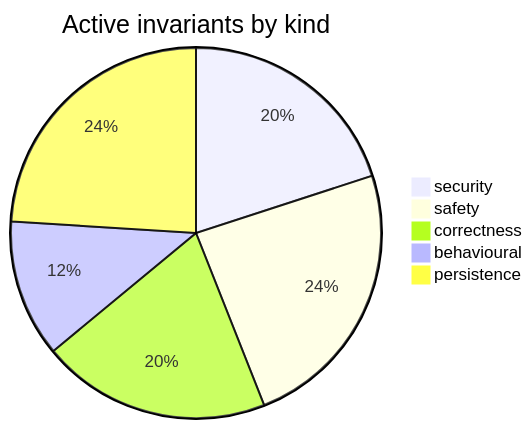
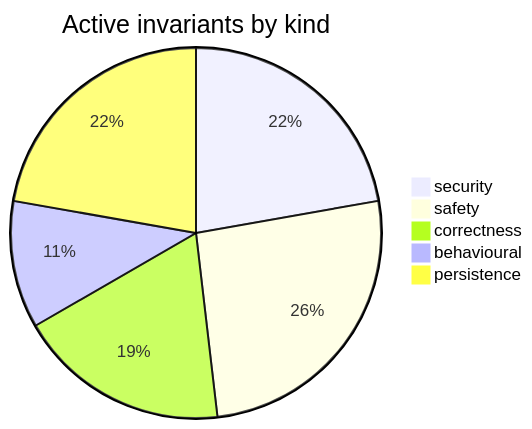
One commit to Lbstrydom/claude-engineering-skills changed the diagram in docs/requirements-map.md. Above: the diagram before and after it, drawn with Mermaid. The commit also changed other lines of this file, not shown here.

````diff
--- a/docs/requirements-map.md
+++ b/docs/requirements-map.md
@@ -7,8 +7,8 @@
 ```mermaid
 pie title Active invariants by kind
-  "security" : 5
-  "safety" : 6
+  "security" : 6
+  "safety" : 7
   "correctness" : 5
   "behavioural" : 3
   "persistence" : 6
 ```
````
